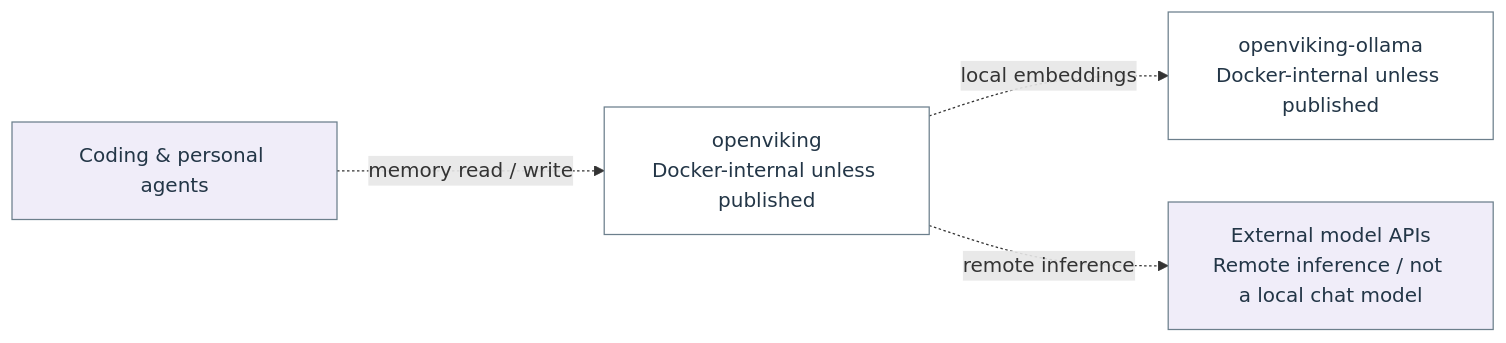
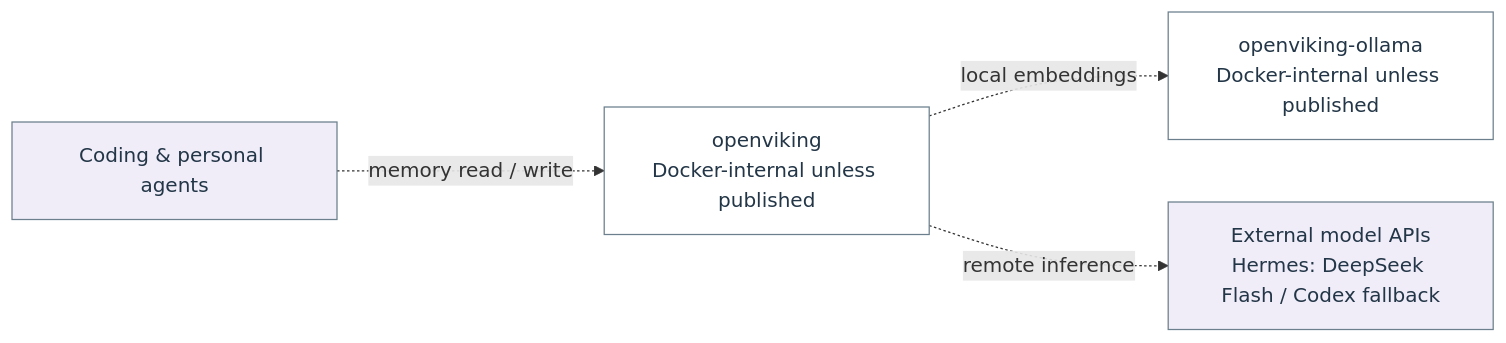
Before and after one commit to Harsh-2002/Homelab: the diagram in docs/architecture/flow-6.mmd, drawn with Mermaid. The commit also changed 41 other files, not shown here.

Commit message:
Configure Hermes Go inference with Codex fallback and refresh runbooks

```diff
--- a/docs/architecture/flow-6.mmd
+++ b/docs/architecture/flow-6.mmd
@@ -1,12 +1,12 @@
 flowchart LR
   n_flow_6_0["openviking<br/>Docker-internal unless published"]
   n_flow_6_1["Coding &amp; personal agents"]
   n_flow_6_2["openviking-ollama<br/>Docker-internal unless published"]
-  n_flow_6_3["External model APIs<br/>Remote inference / not a local chat model"]
+  n_flow_6_3["External model APIs<br/>Hermes: DeepSeek Flash / Codex fallback"]
   n_flow_6_1 -.->|"memory read / write"| n_flow_6_0
   n_flow_6_0 -.->|"local embeddings"| n_flow_6_2
   n_flow_6_0 -.->|"remote inference"| n_flow_6_3
   classDef c_flow_6_0 fill:#ffffff,stroke:#6c7f8c,color:#233647;
   class n_flow_6_0,n_flow_6_2 c_flow_6_0;
   classDef c_flow_6_1 fill:#f0edf9,stroke:#6c7f8c,color:#233647;
   class n_flow_6_1,n_flow_6_3 c_flow_6_1;
```
